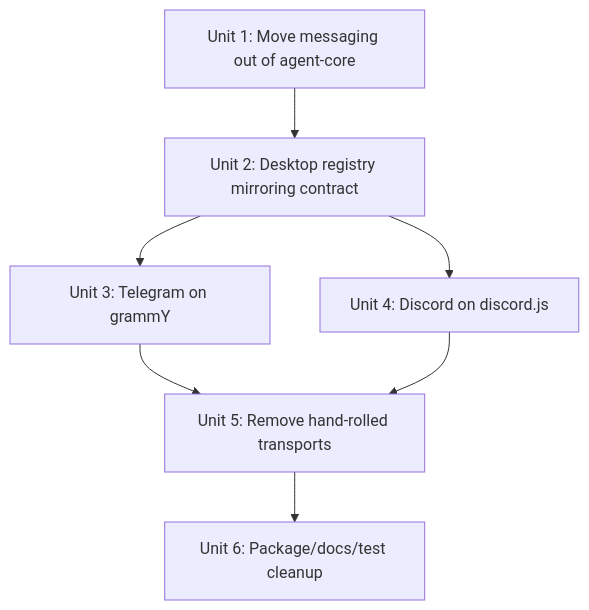
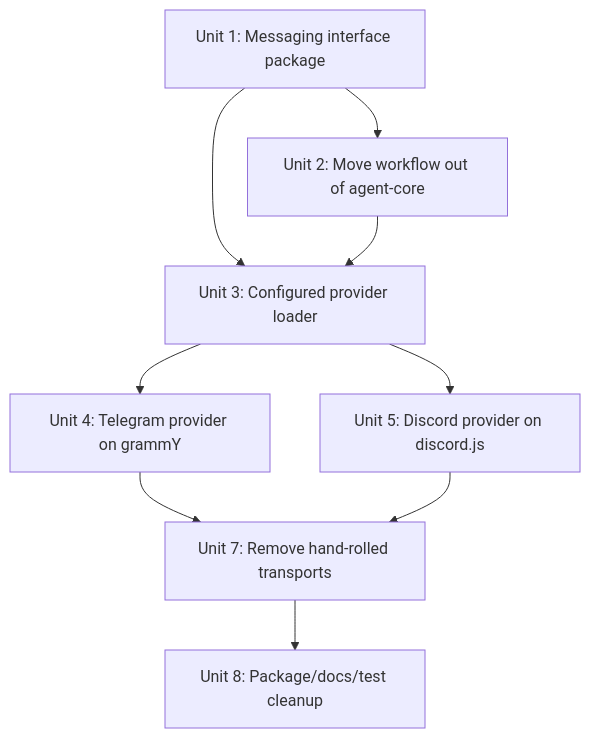
The third of 3 diagrams in docs/plans/2026-04-30-003-refactor-desktop-hosted-messaging-plan.md (pwrdrvr/PwrAgent), drawn with Mermaid before and after one commit. The commit also changed other lines of this file, not shown here.

Commit message:
docs(messaging): deepen provider package plan

````diff
--- a/docs/plans/2026-04-30-003-refactor-desktop-hosted-messaging-plan.md
+++ b/docs/plans/2026-04-30-003-refactor-desktop-hosted-messaging-plan.md
@@ -142,9 +166,11 @@
 ```mermaid
 flowchart TB
-    U1["Unit 1: Move messaging out of agent-core"] --> U2["Unit 2: Desktop registry mirroring contract"]
-    U2 --> U3["Unit 3: Telegram on grammY"]
-    U2 --> U4["Unit 4: Discord on discord.js"]
-    U3 --> U5["Unit 5: Remove hand-rolled transports"]
-    U4 --> U5
-    U5 --> U6["Unit 6: Package/docs/test cleanup"]
+    U1["Unit 1: Messaging interface package"] --> U2["Unit 2: Move workflow out of agent-core"]
+    U1 --> U3["Unit 3: Configured provider loader"]
+    U2 --> U3
+    U3 --> U4["Unit 4: Telegram provider on grammY"]
+    U3 --> U5["Unit 5: Discord provider on discord.js"]
+    U4 --> U7["Unit 7: Remove hand-rolled transports"]
+    U5 --> U7
+    U7 --> U8["Unit 8: Package/docs/test cleanup"]
 ```
````
